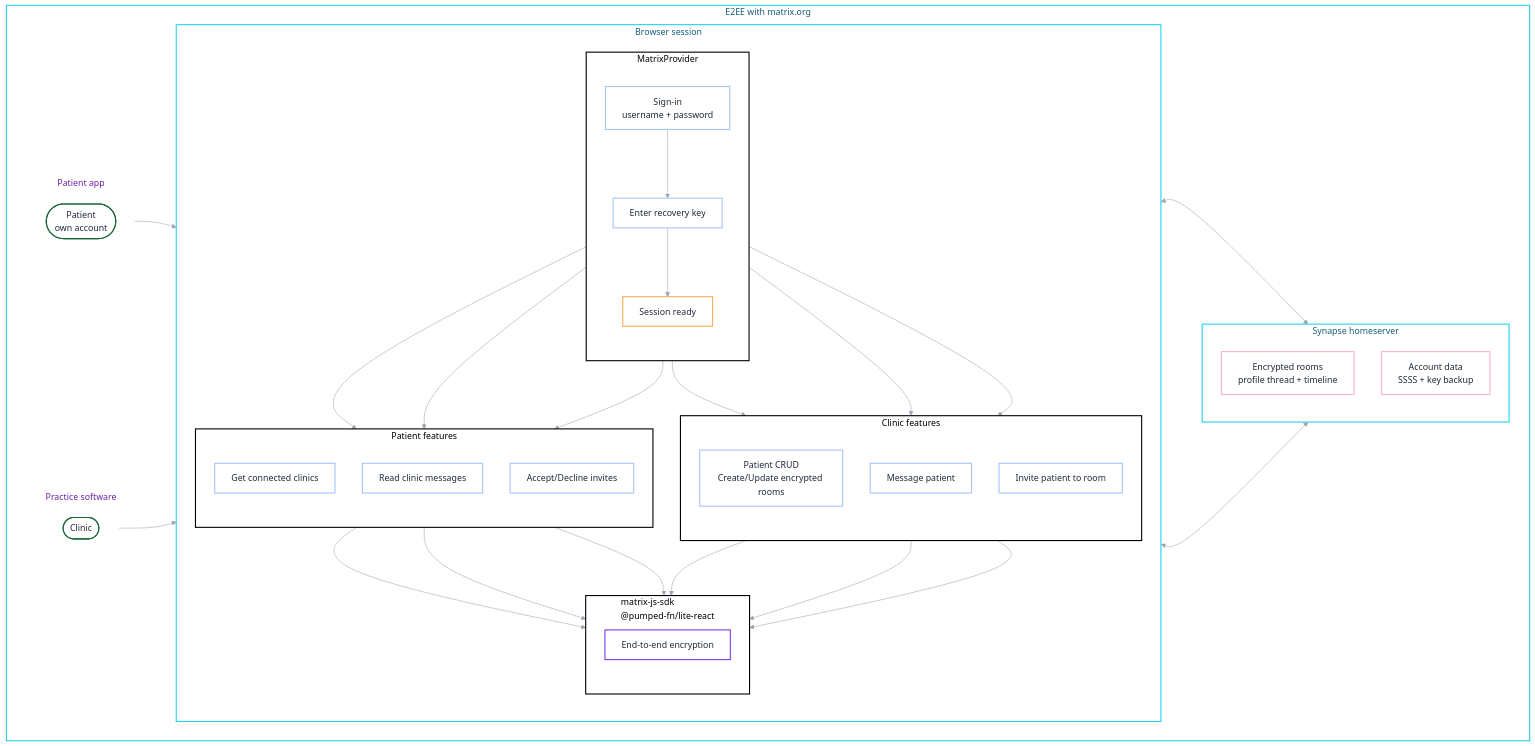
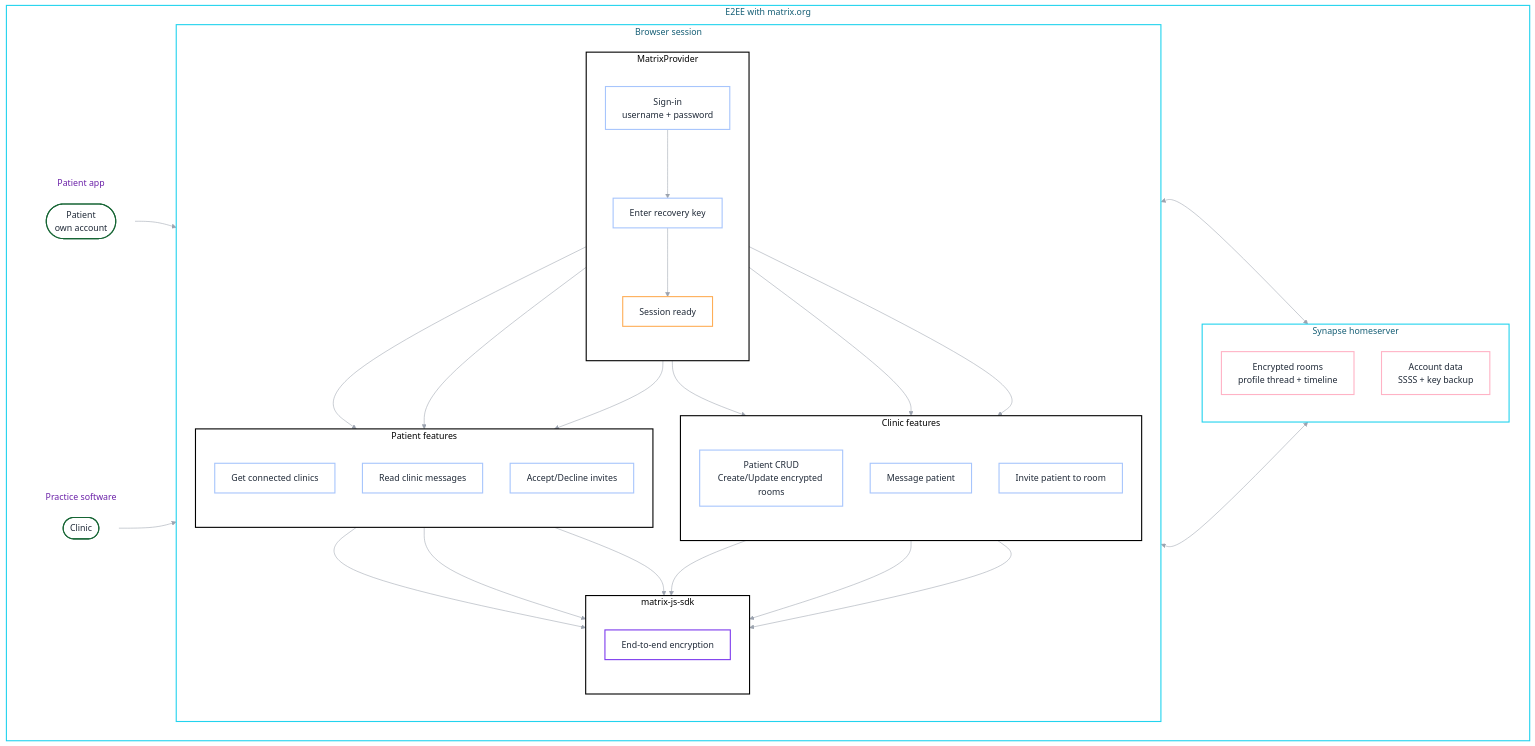
The first of 2 diagrams in README.md (quochuydev/matrix-e2e-emr), drawn with Mermaid before and after one commit.

Commit message:
docs: simplify Sdk subgraph label

```diff
--- a/README.md
+++ b/README.md
@@ -35,7 +35,7 @@
                 RecoveryKey --> Ready
             end
 
-            subgraph Sdk["matrix-js-sdk<br/>@pumped-fn/lite-react"]
+            subgraph Sdk["matrix-js-sdk"]
                 direction TB
                 Crypto["End-to-end encryption"]:::policy
             end
```
